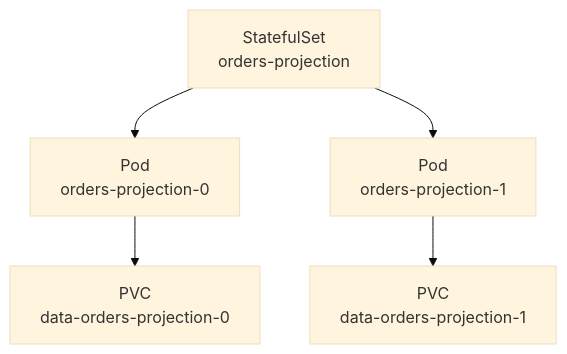
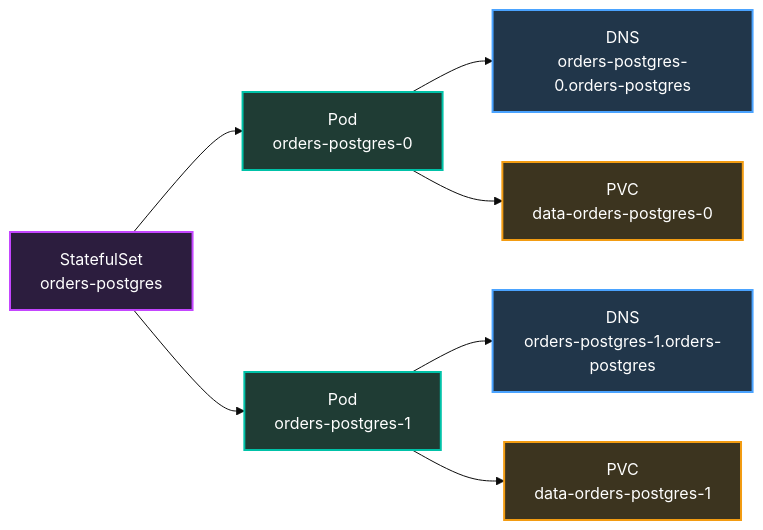
Before and after one commit to senlinyy/dev-roadmaps: the diagram in containers-orchestration/kubernetes/workloads/statefulsets.md, drawn with Mermaid (base theme). The commit also changed other lines of this file and 260 other files, not shown here.

````diff
--- a/containers-orchestration/kubernetes/workloads/statefulsets.md
+++ b/containers-orchestration/kubernetes/workloads/statefulsets.md
@@ -42,7 +57,22 @@
 ```mermaid
-flowchart TD
-    A["StatefulSet<br/>orders-projection"] --> B["Pod<br/>orders-projection-0"]
-    A --> C["Pod<br/>orders-projection-1"]
-    B --> D["PVC<br/>data-orders-projection-0"]
-    C --> E["PVC<br/>data-orders-projection-1"]
+flowchart LR
+    STS["StatefulSet<br/>orders-postgres"]:::controller
+    P0["Pod<br/>orders-postgres-0"]:::pod
+    P1["Pod<br/>orders-postgres-1"]:::pod
+    DNS0["DNS<br/>orders-postgres-0.orders-postgres"]:::network
+    DNS1["DNS<br/>orders-postgres-1.orders-postgres"]:::network
+    PVC0["PVC<br/>data-orders-postgres-0"]:::storage
+    PVC1["PVC<br/>data-orders-postgres-1"]:::storage
+
+    STS --> P0
+    STS --> P1
+    P0 --> DNS0
+    P1 --> DNS1
+    P0 --> PVC0
+    P1 --> PVC1
+
+    classDef controller fill:#2c1d3e,stroke:#c446ff,stroke-width:2px,color:#fff
+    classDef pod fill:#1f3c34,stroke:#00c2a8,stroke-width:2px,color:#fff
+    classDef network fill:#21364a,stroke:#4aa3ff,stroke-width:2px,color:#fff
+    classDef storage fill:#3c341f,stroke:#f39c12,stroke-width:2px,color:#fff
 ```
````
